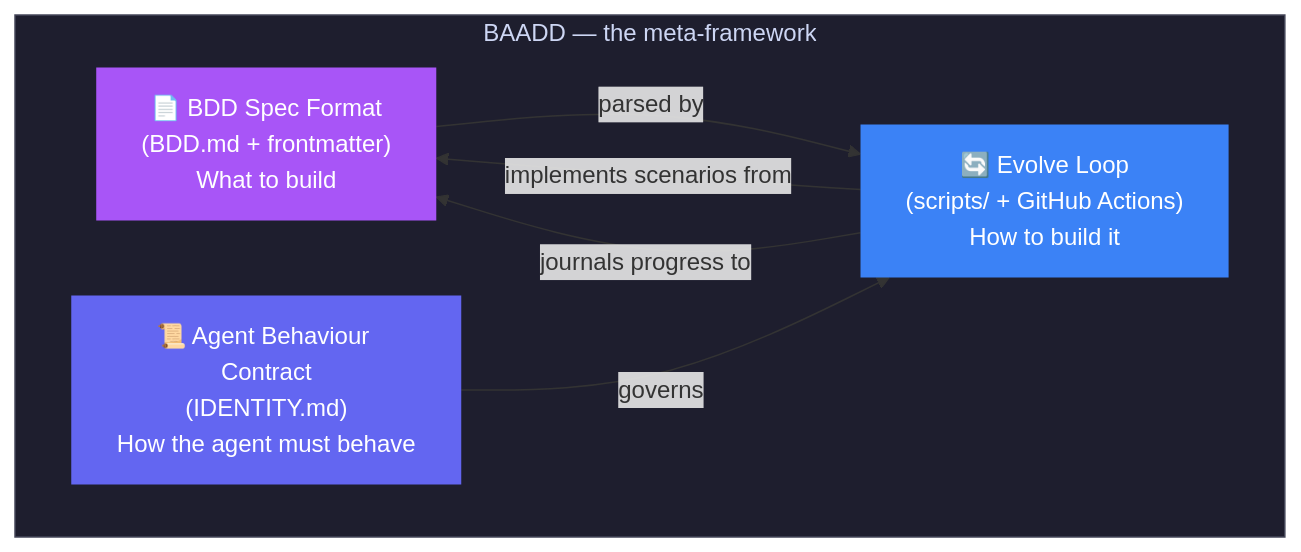
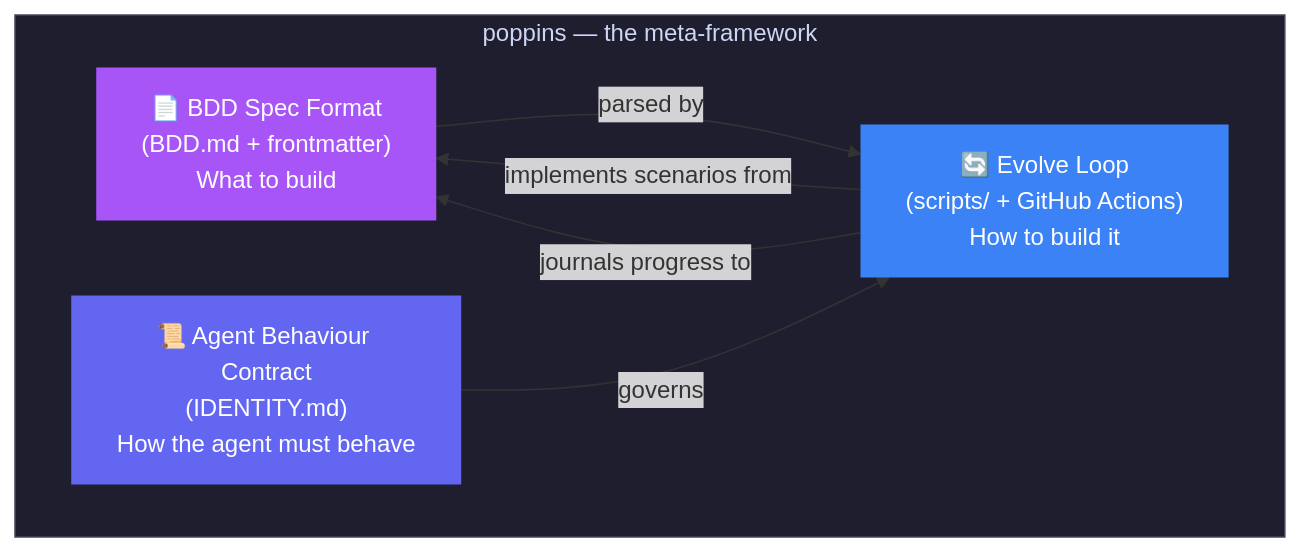
Before and after one commit to dweng0/BAADD: the first of 2 diagrams in README.md, drawn with Mermaid. The commit also changed other lines of this file and 9 other files, not shown here.

````diff
--- a/README.md
+++ b/README.md
@@ -32,18 +32,18 @@
 ```mermaid
 graph TD
-    subgraph BAADD["BAADD — the meta-framework"]
+    subgraph BAADD["poppins — the meta-framework"]
         BDD["📄 BDD Spec Format\n(BDD.md + frontmatter)\nWhat to build"]
         LOOP["🔄 Evolve Loop\n(scripts/ + GitHub Actions)\nHow to build it"]
         CONTRACT["📜 Agent Behaviour Contract\n(IDENTITY.md)\nHow the agent must behave"]
     end
 
     BDD -->|"parsed by"| LOOP
     CONTRACT -->|"governs"| LOOP
     LOOP -->|"implements scenarios from"| BDD
     LOOP -->|"journals progress to"| BDD
 
     style BDD fill:#a855f7,color:#fff,stroke:none
     style LOOP fill:#3b82f6,color:#fff,stroke:none
     style CONTRACT fill:#6366f1,color:#fff,stroke:none
     style BAADD fill:#1e1e2e,color:#cdd6f4,stroke:#45475a
 ```
````
